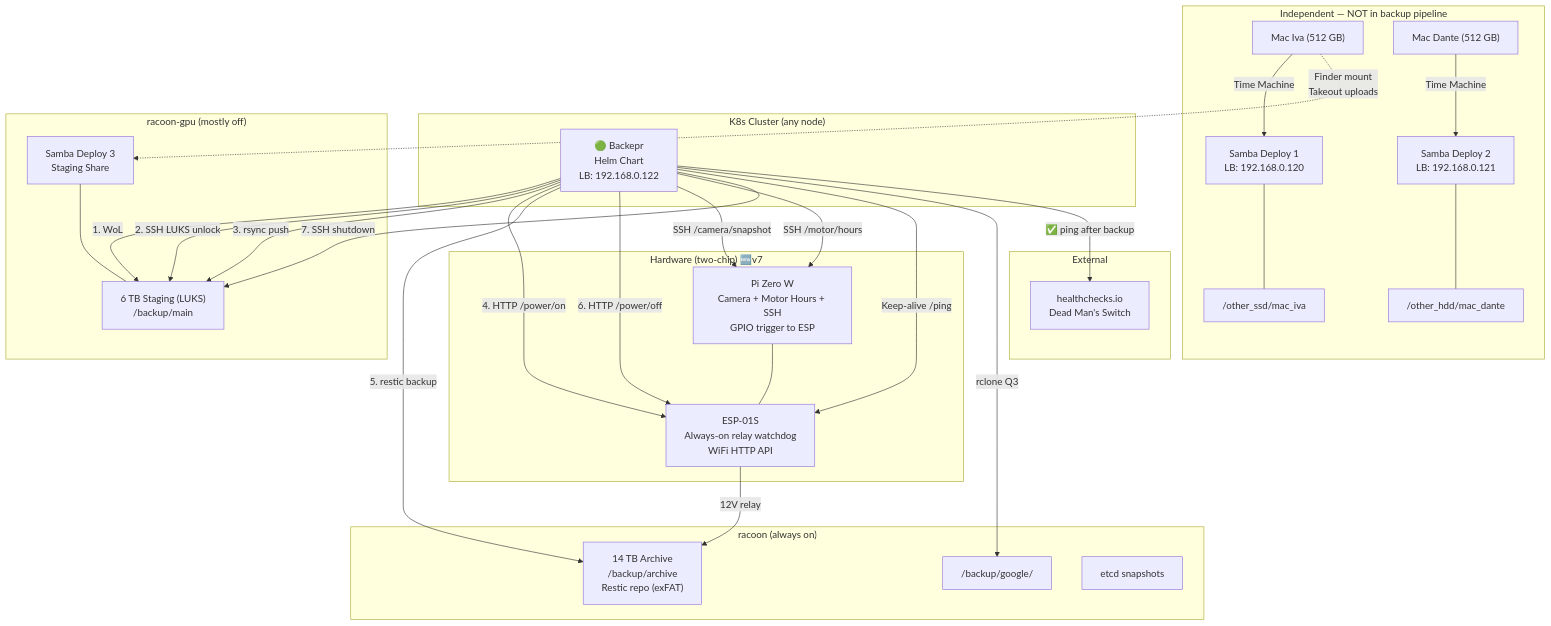
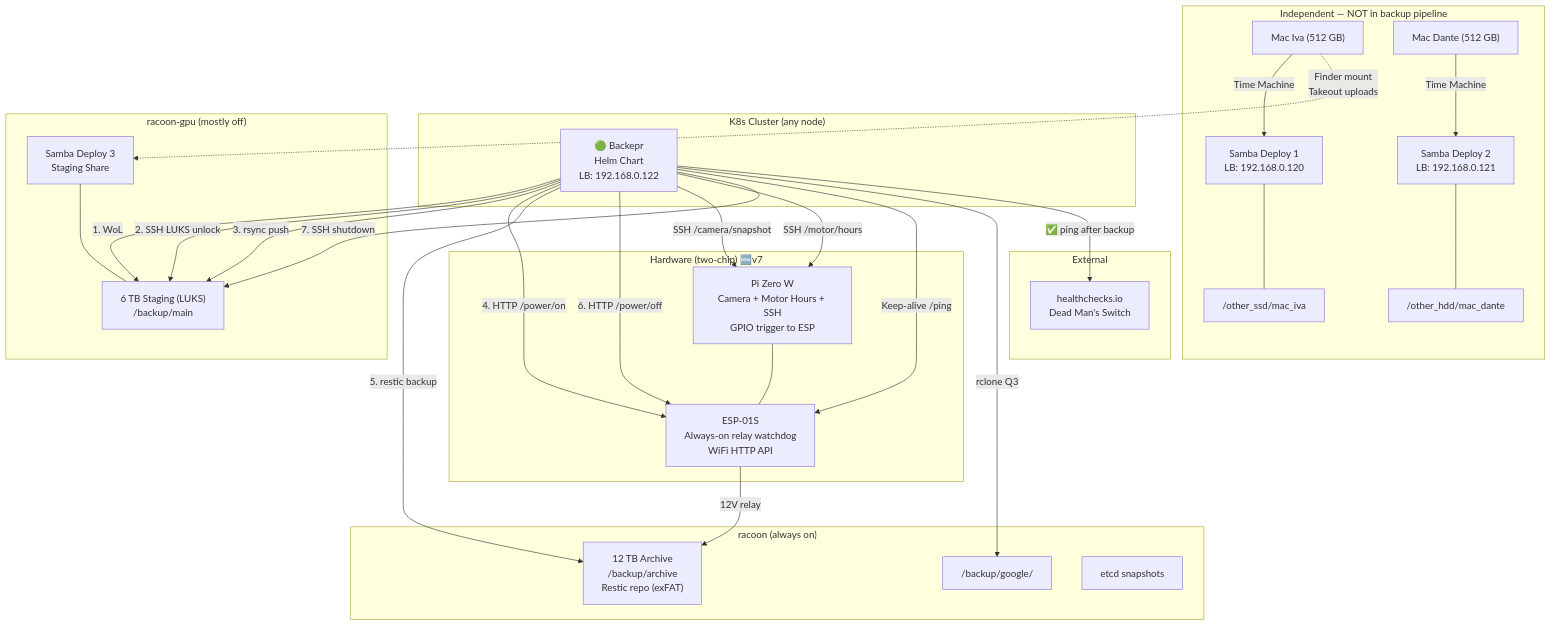
Before and after one commit to singularis/racoon_server: the first of 4 diagrams in workload/backepr/DESIGN.md, drawn with Mermaid. The commit also changed other lines of this file, not shown here.

Commit message:
docs: update archive drive capacity to 12 TB, adjust restic retention policy, and rename power relay endpoint to /click

````diff
--- a/workload/backepr/DESIGN.md
+++ b/workload/backepr/DESIGN.md
@@ -37,50 +39,50 @@
 ```mermaid
 graph TB
     subgraph "Independent — NOT in backup pipeline"
         M1["Mac Iva (512 GB)"] -->|"Time Machine"| S1["Samba Deploy 1<br/>LB: 192.168.0.120"]
         M2["Mac Dante (512 GB)"] -->|"Time Machine"| S2["Samba Deploy 2<br/>LB: 192.168.0.121"]
         S1 --- SSD1["/other_ssd/mac_iva"]
         S2 --- SSD2["/other_hdd/mac_dante"]
     end
 
     subgraph "K8s Cluster (any node)"
         BP["🟢 Backepr<br/>Helm Chart<br/>LB: 192.168.0.122"]
     end
 
     subgraph "racoon (always on)"
-        HDD14["14 TB Archive<br/>/backup/archive<br/>Restic repo (exFAT)"]
+        HDD14["12 TB Archive<br/>/backup/archive<br/>Restic repo (exFAT)"]
         GDATA["/backup/google/"]
         ETCD["etcd snapshots"]
     end
 
     subgraph "racoon-gpu (mostly off)"
         HDD6["6 TB Staging (LUKS)<br/>/backup/main"]
         S3["Samba Deploy 3<br/>Staging Share"]
     end
 
     subgraph "Hardware (two-chip) 🆕v7"
         PI["Pi Zero W<br/>Camera + Motor Hours + SSH<br/>GPIO trigger to ESP"]
         ESP["ESP-01S<br/>Always-on relay watchdog<br/>WiFi HTTP API"]
         PI --- ESP
     end
 
     subgraph "External"
         HC["healthchecks.io<br/>Dead Man's Switch"]
     end
 
     S3 --- HDD6
     M1 -.->|"Finder mount<br/>Takeout uploads"| S3
     BP -->|"1. WoL"| HDD6
     BP -->|"2. SSH LUKS unlock"| HDD6
     BP -->|"3. rsync push"| HDD6
     BP -->|"4. HTTP /power/on"| ESP
     ESP -->|"12V relay"| HDD14
     BP -->|"5. restic backup"| HDD14
     BP -->|"6. HTTP /power/off"| ESP
     BP -->|"SSH /camera/snapshot"| PI
     BP -->|"SSH /motor/hours"| PI
     BP -->|"7. SSH shutdown"| HDD6
     BP -->|"Keep-alive /ping"| ESP
     BP -->|"rclone Q3"| GDATA
     BP -->|"✅ ping after backup"| HC
 ```
````
